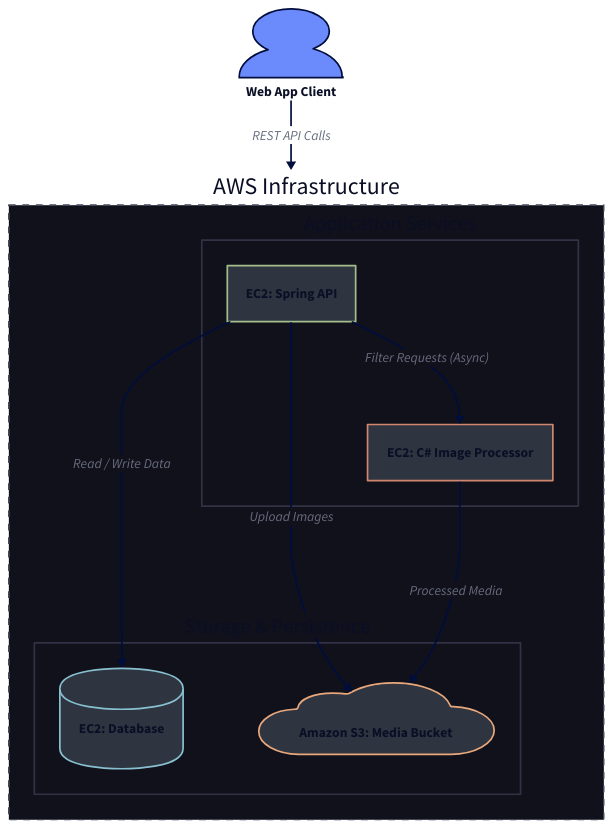
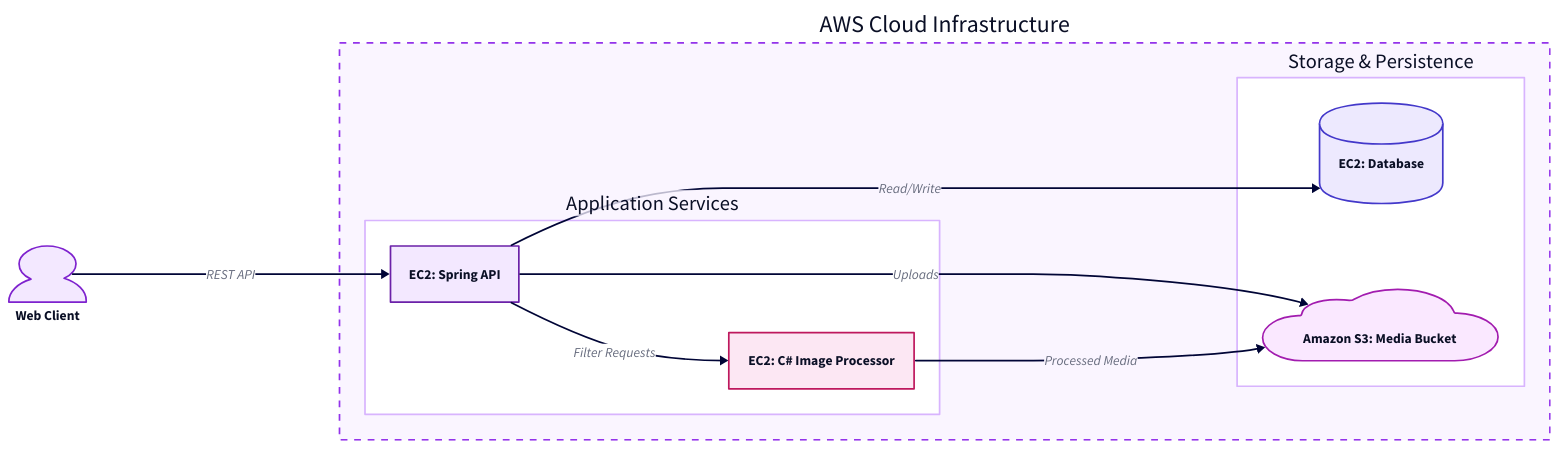
One commit to StefanGherghel2004/ZTH-Team-Deltaspace changed the diagram in App/spring-backend/demo/diagram.d2. Above: the diagram before and after it, drawn with D2. The commit also changed 2 other files, not shown here.

```diff
--- a/App/spring-backend/demo/diagram.d2
+++ b/App/spring-backend/demo/diagram.d2
@@ -1,84 +1,90 @@
 vars: {
   d2-config: {
-    theme-id: 3 # Dark Mauve Theme
-    pad: 25
+    theme-id: 4 # Grape Light Theme
+    pad: 10 # Decreased overall canvas padding
   }
 }
 
-direction: down
+direction: right
 
 # --- Client Layer ---
-frontend: Web App Client {
+frontend: Web Client {
   shape: person
+  style: {
+    fill: "#f3e8ff"
+    stroke: "#7e22ce"
+  }
 }
 
 # --- AWS Cloud Infrastructure ---
-aws: AWS Infrastructure {
+aws: AWS Cloud Infrastructure {
   style: {
     stroke-dash: 4
-    fill: "#11111b"
-    stroke: "#45475a"
+    fill: "#faf5ff"
+    stroke: "#9333ea"
   }
 
-  # Layer 1: Services / Compute
+  direction: right
+
+  # Column 1: Application Services
   services: Application Services {
+    direction: down
+
     style: {
-      fill: "#11111b"
-      stroke: "#313244"
+      fill: "#ffffff"
+      stroke: "#d8b4fe"
     }
 
     ec2-backend: EC2: Spring API {
       shape: rectangle
       style: {
-        fill: "#2e3440"
-        stroke: "#a3be8c"
+        fill: "#f3e8ff"
+        stroke: "#6b21a8"
       }
     }
 
     ec2-image-proc: "EC2: C# Image Processor" {
       shape: rectangle
       style: {
-        fill: "#2e3440"
-        stroke: "#d08770"
+        fill: "#fce7f3"
+        stroke: "#be185d"
       }
     }
+
+    ec2-backend -> ec2-image-proc: Filter Requests
   }
 
-  # Layer 2: Data & Persistence
+  # Column 2: Storage & Persistence
   storage: Storage & Persistence {
+    direction: down
+
     style: {
-      fill: "#11111b"
-      stroke: "#313244"
+      fill: "#ffffff"
+      stroke: "#d8b4fe"
     }
 
     ec2-db: EC2: Database {
       shape: cylinder
       style: {
-        fill: "#2e3440"
-        stroke: "#88c0d0"
+        fill: "#ede9fe"
+        stroke: "#4338ca"
       }
     }
 
     s3-bucket: Amazon S3: Media Bucket {
       shape: cloud
       style: {
-        fill: "#2e3440"
-        stroke: "#e8a87c"
+        fill: "#fae8ff"
+        stroke: "#a21caf"
       }
     }
   }
 }
 
-# --- Flow Connections ---
-frontend -> aws: REST API Calls
+# --- Connections Across Containers ---
+frontend -> aws.services.ec2-backend: REST API
 
-# Service to Service
-aws.services.ec2-backend -> aws.services.ec2-image-proc: Filter Requests (Async)
-
-# Service to Storage (Direct node targets)
-aws.services.ec2-backend -> aws.storage.ec2-db: Read / Write Data
-
-# Shortened label to prevent text collision across container titles
-aws.services.ec2-backend -> aws.storage.s3-bucket: Upload Images
-
+# Shortened edge labels reduce spacing dramatically
+aws.services.ec2-backend -> aws.storage.ec2-db: Read/Write
+aws.services.ec2-backend -> aws.storage.s3-bucket: Uploads
 aws.services.ec2-image-proc -> aws.storage.s3-bucket: Processed Media
```
